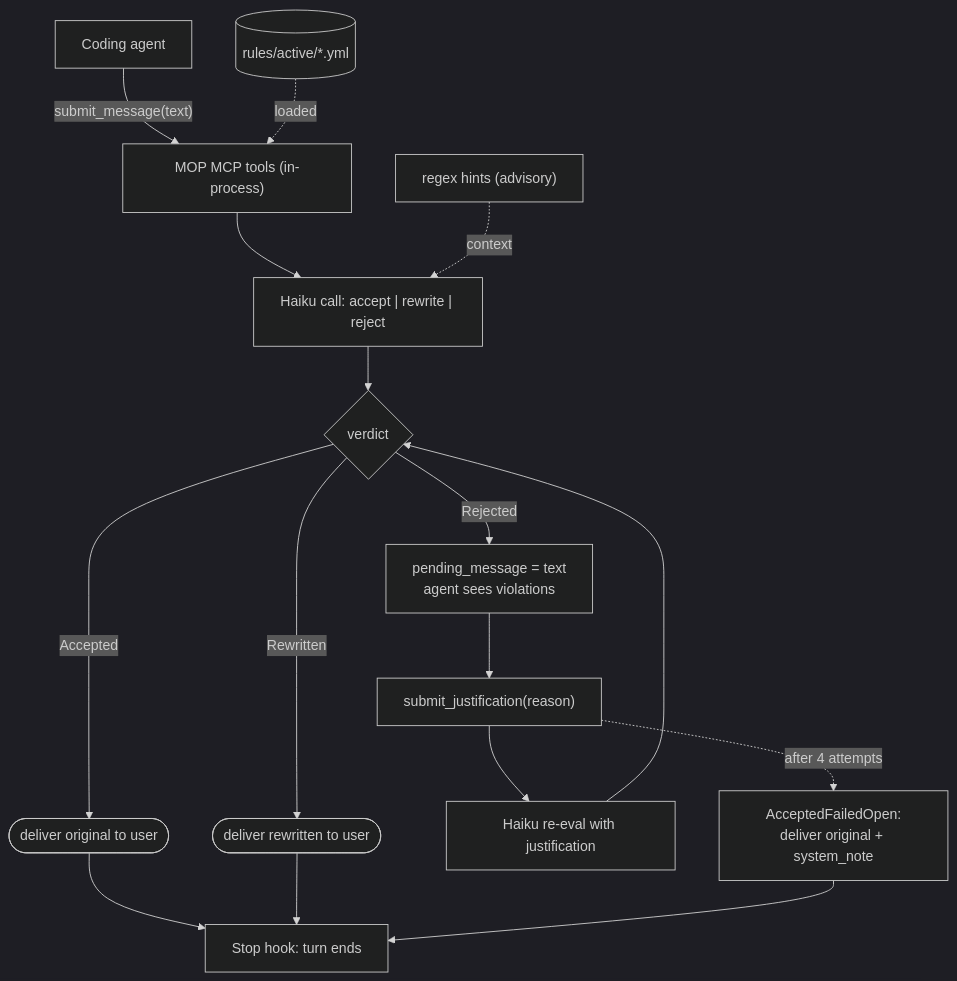
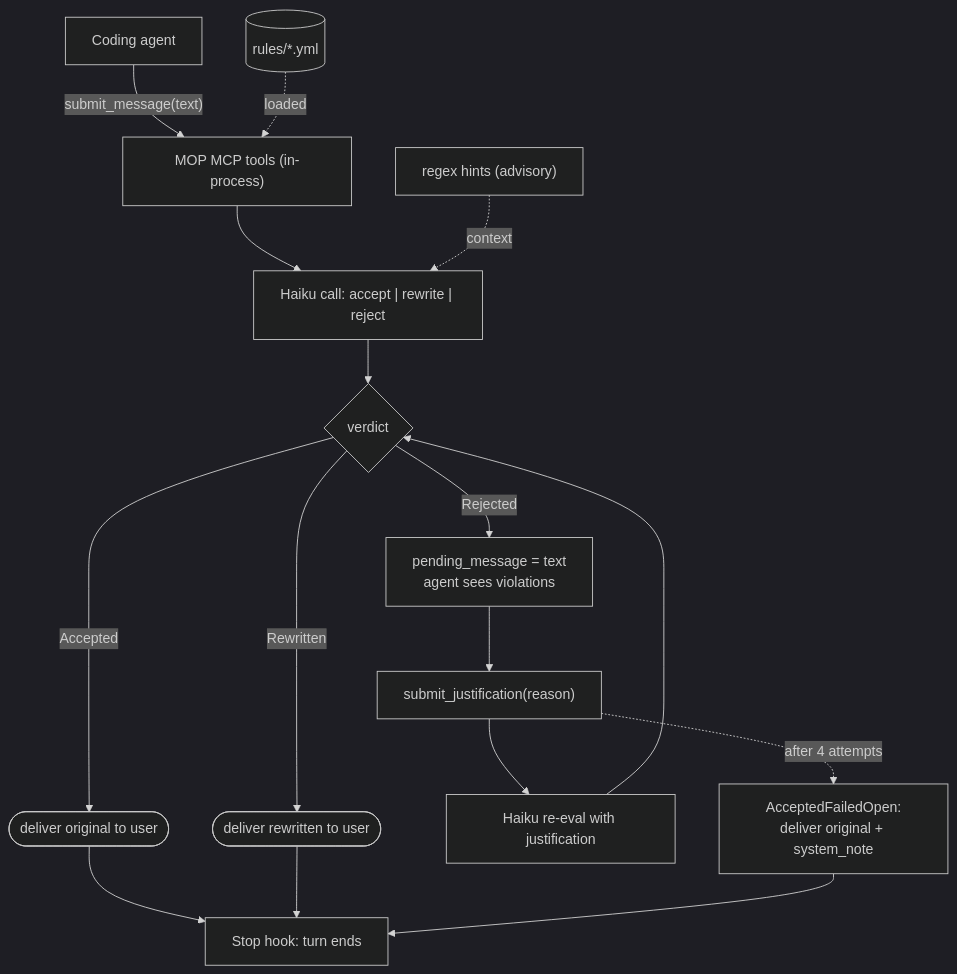
Before and after one commit to synodic-studio/model-output-protocol: the diagram in README.md, drawn with Mermaid (dark theme). The commit also changed 26 other files, not shown here.

````diff
--- a/README.md
+++ b/README.md
@@ -17,18 +17,18 @@
 ```mermaid
 flowchart TD
     AGENT[Coding agent] -->|"submit_message(text)"| MCP["MOP MCP tools (in-process)"]
-    RULES[(rules/active/*.yml)] -.->|loaded| MCP
+    RULES[(rules/*.yml)] -.->|loaded| MCP
     MCP --> EVAL["Haiku call: accept | rewrite | reject"]
     HINTS["regex hints (advisory)"] -.->|context| EVAL
     EVAL --> APPLY{"verdict"}
     APPLY -->|Accepted| DELIVER([deliver original to user])
     APPLY -->|Rewritten| DELIVER2([deliver rewritten to user])
     APPLY -->|Rejected| PEND["pending_message = text<br/>agent sees violations"]
     PEND --> JUSTIFY["submit_justification(reason)"]
     JUSTIFY --> EVAL2["Haiku re-eval with justification"]
     EVAL2 --> APPLY
     JUSTIFY -.->|"after 4 attempts"| FAILOPEN["AcceptedFailedOpen:<br/>deliver original + system_note"]
     DELIVER --> STOP["Stop hook: turn ends"]
     DELIVER2 --> STOP
     FAILOPEN --> STOP
 ```
````
